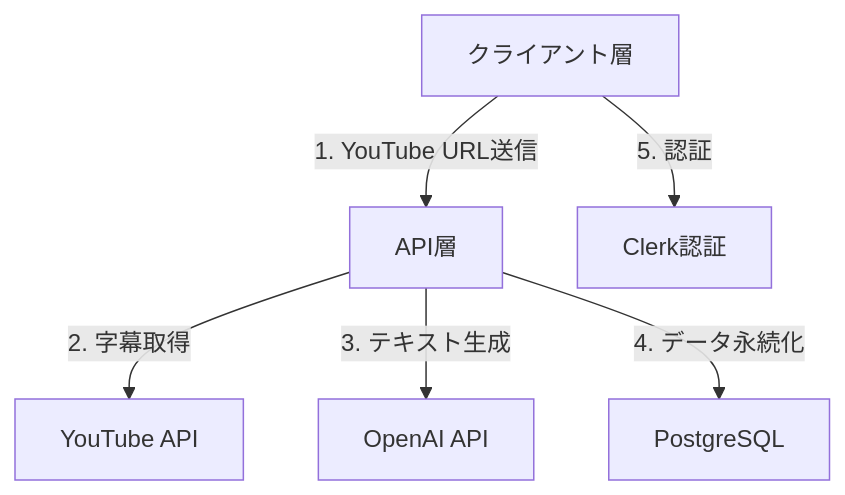
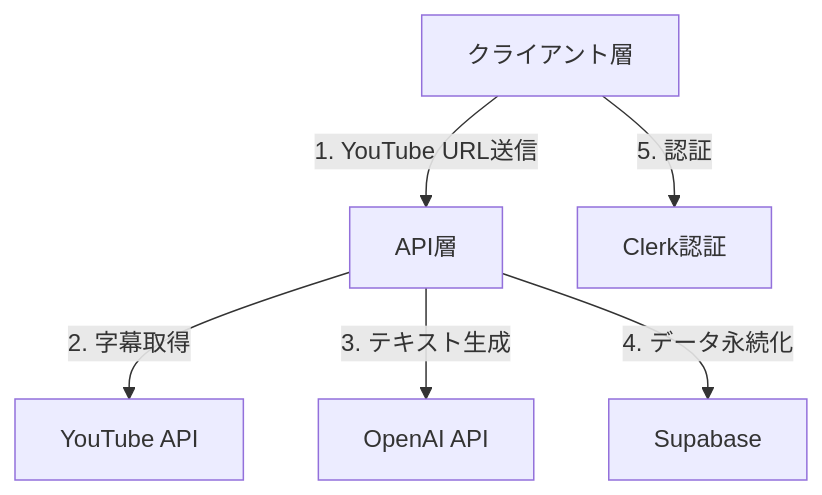
The first of 2 diagrams in memory-bank/systemPatterns.md (iamyosuke/youtube-blog-ai), drawn with Mermaid before and after one commit. The commit also changed other lines of this file and 2 other files, not shown here.

````diff
--- a/memory-bank/systemPatterns.md
+++ b/memory-bank/systemPatterns.md
@@ -4,8 +4,8 @@
 ```mermaid
 graph TD
     Client[クライアント層] --> |1. YouTube URL送信| API[API層]
     API --> |2. 字幕取得| YT[YouTube API]
     API --> |3. テキスト生成| OpenAI[OpenAI API]
-    API --> |4. データ永続化| DB[PostgreSQL]
+    API --> |4. データ永続化| DB[Supabase]
     Client --> |5. 認証| Auth[Clerk認証]
 ```
````
